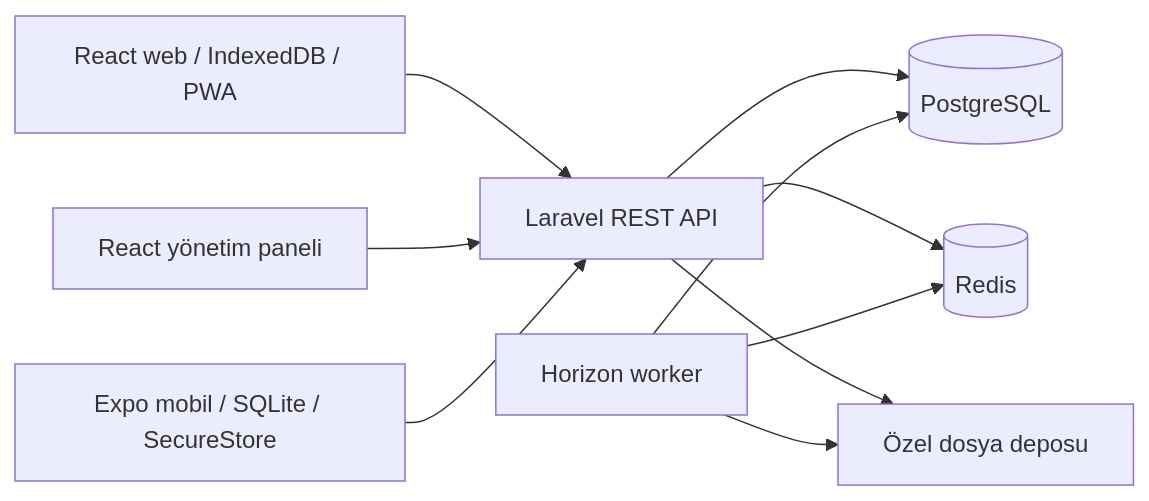
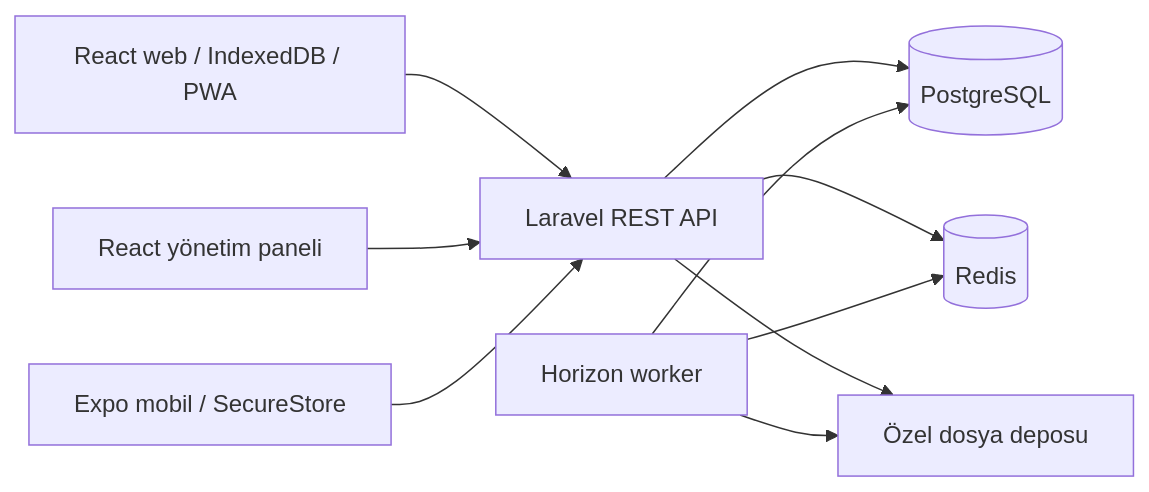
Before and after one commit to ninjaBlume/oggaq: the diagram in docs/ARCHITECTURE.md, drawn with Mermaid. The commit also changed other lines of this file and 76 other files, not shown here.

Commit message:
feat: add server-timed exams and Expo mobile client

````diff
--- a/docs/ARCHITECTURE.md
+++ b/docs/ARCHITECTURE.md
@@ -7,12 +7,12 @@
 ```mermaid
 flowchart LR
     Web[React web / IndexedDB / PWA] --> API[Laravel REST API]
     Admin[React yönetim paneli] --> API
-    Mobile[Expo mobil / SQLite / SecureStore] --> API
+    Mobile[Expo mobil / SecureStore] --> API
     API --> DB[(PostgreSQL)]
     API --> Redis[(Redis)]
     Worker[Horizon worker] --> Redis
     Worker --> DB
     API --> Files[Özel dosya deposu]
     Worker --> Files
 ```
````
